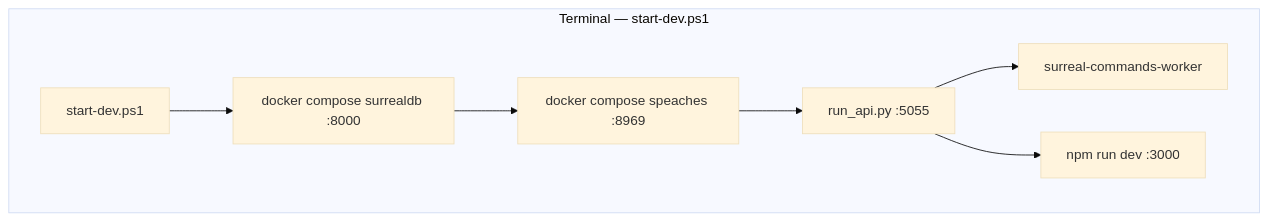
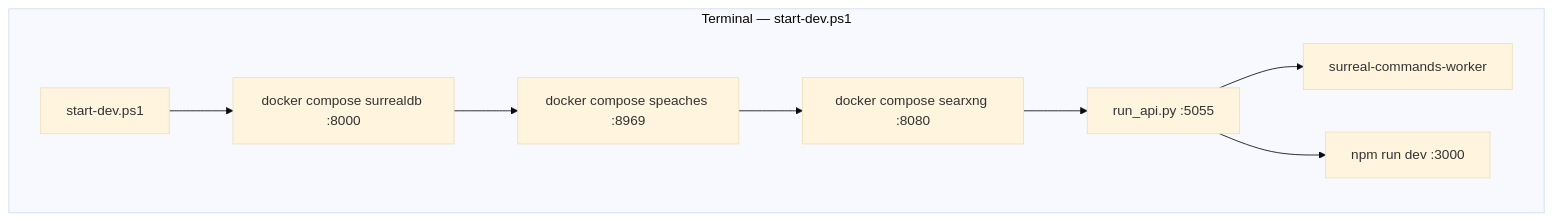
One commit to lastfore/AItools changed the second of 2 diagrams in open-notebook/docs_zh/spec/windows-deployment.zh.md. Above: the diagram before and after it, drawn with Mermaid (base theme). The commit also changed other lines of this file and 46 other files, not shown here.

````diff
--- a/open-notebook/docs_zh/spec/windows-deployment.zh.md
+++ b/open-notebook/docs_zh/spec/windows-deployment.zh.md
@@ -161,16 +163,18 @@
 ```mermaid
 flowchart TB
   subgraph t0 [Terminal — start-dev.ps1]
     LAUNCH[start-dev.ps1]
     DB2[docker compose surrealdb :8000]
     SP2[docker compose speaches :8969]
+    SX2[docker compose searxng :8080]
     API2[run_api.py :5055]
     WK[surreal-commands-worker]
     FE2[npm run dev :3000]
   end
   LAUNCH --> DB2
   DB2 --> SP2
-  SP2 --> API2
+  SP2 --> SX2
+  SX2 --> API2
   API2 --> WK
   API2 --> FE2
 ```
````
